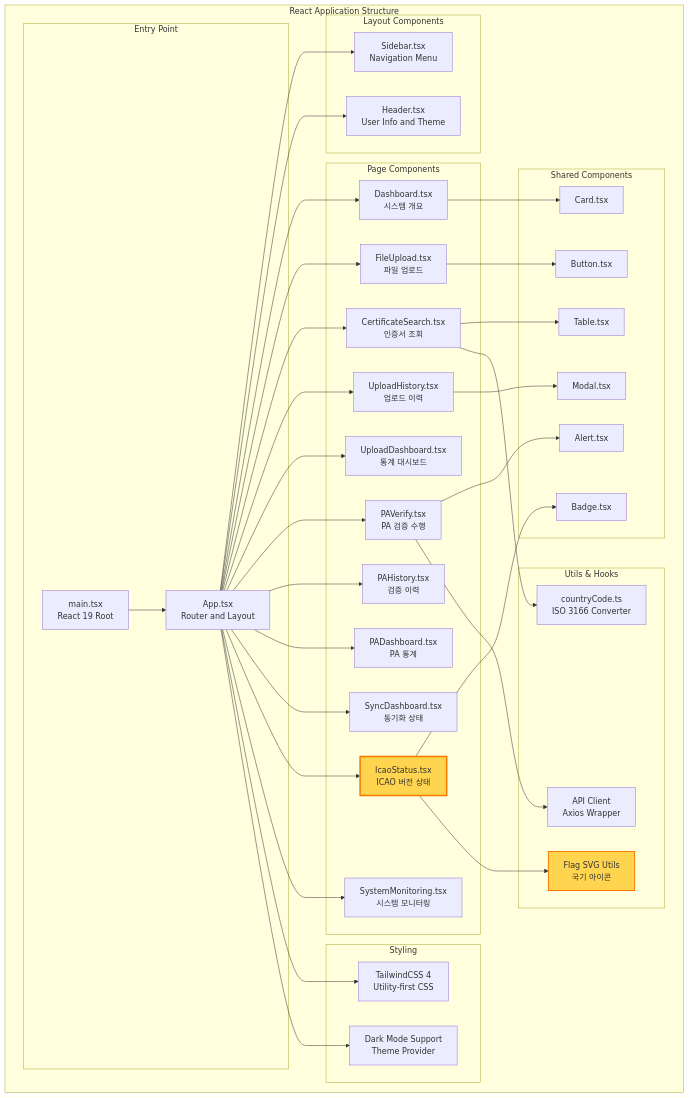
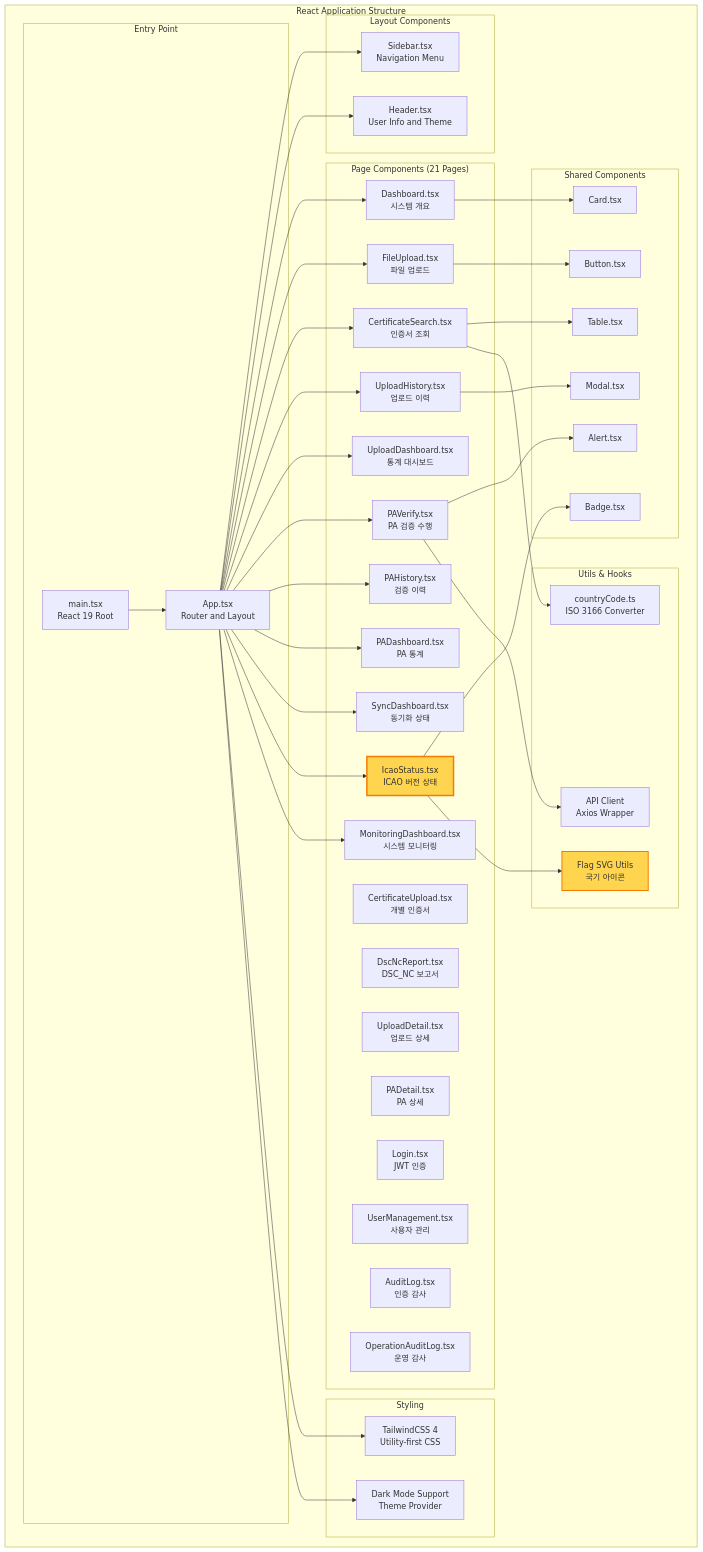
Before and after one commit to iland112/icao-local-pkd-cpp: the seventh of 16 diagrams in docs/SOFTWARE_ARCHITECTURE.md, drawn with Mermaid. The commit also changed other lines of this file and 7 other files, not shown here.

First line of the commit message:
docs: Update all documentation to v2.11.0 — architecture rewrite, security audit resolution, version sync

```diff
--- a/docs/SOFTWARE_ARCHITECTURE.md
+++ b/docs/SOFTWARE_ARCHITECTURE.md
@@ -617,18 +681,26 @@
             Header[Header.tsx<br/>User Info and Theme]
         end
 
-        subgraph "Page Components"
+        subgraph "Page Components (21 Pages)"
             Dashboard[Dashboard.tsx<br/>시스템 개요]
             FileUpload[FileUpload.tsx<br/>파일 업로드]
+            CertUpload[CertificateUpload.tsx<br/>개별 인증서]
             CertSearch[CertificateSearch.tsx<br/>인증서 조회]
+            DscNcReport[DscNcReport.tsx<br/>DSC_NC 보고서]
             UploadHistory[UploadHistory.tsx<br/>업로드 이력]
+            UploadDetail[UploadDetail.tsx<br/>업로드 상세]
             UploadDashboard[UploadDashboard.tsx<br/>통계 대시보드]
             PAVerify[PAVerify.tsx<br/>PA 검증 수행]
             PAHistory[PAHistory.tsx<br/>검증 이력]
+            PADetail[PADetail.tsx<br/>PA 상세]
             PADashboard[PADashboard.tsx<br/>PA 통계]
             SyncDashboard[SyncDashboard.tsx<br/>동기화 상태]
             IcaoStatus[IcaoStatus.tsx<br/>ICAO 버전 상태]
-            SystemMonitoring[SystemMonitoring.tsx<br/>시스템 모니터링]
+            SystemMonitoring[MonitoringDashboard.tsx<br/>시스템 모니터링]
+            Login[Login.tsx<br/>JWT 인증]
+            UserMgmt[UserManagement.tsx<br/>사용자 관리]
+            AuditLog[AuditLog.tsx<br/>인증 감사]
+            OpAuditLog[OperationAuditLog.tsx<br/>운영 감사]
         end
 
         subgraph "Shared Components"
```
